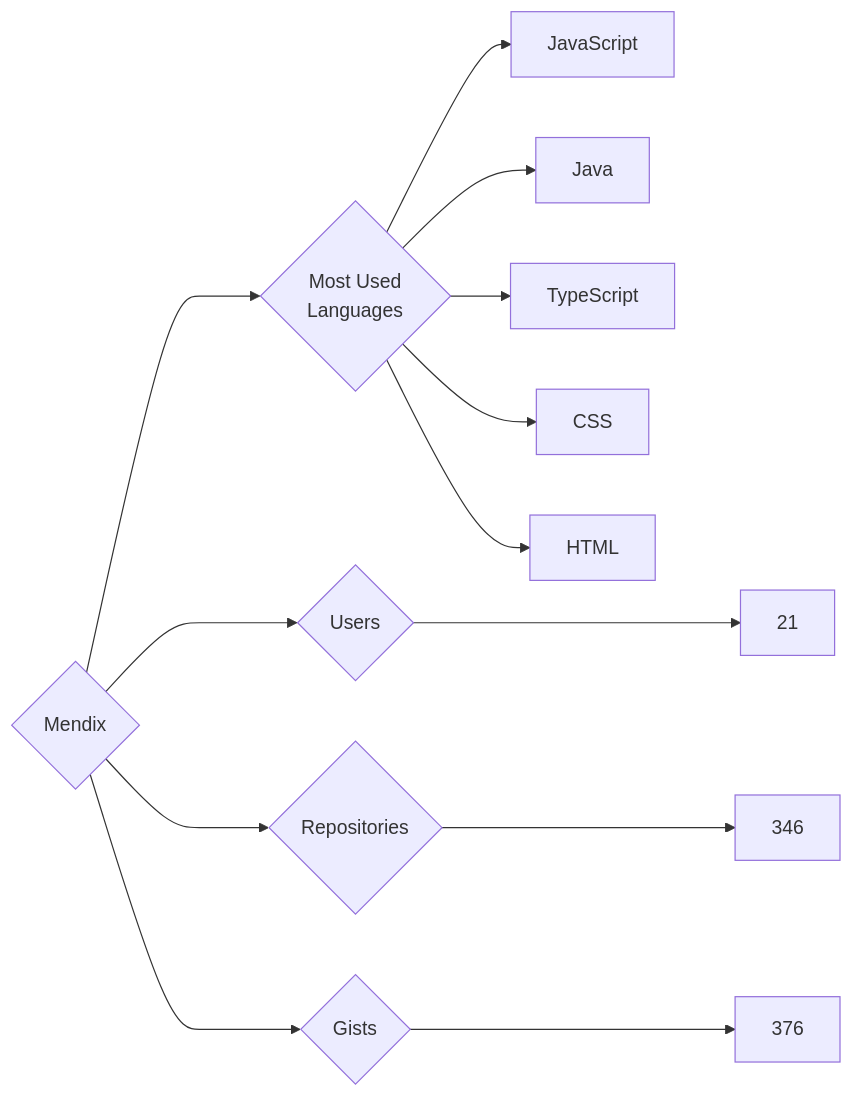
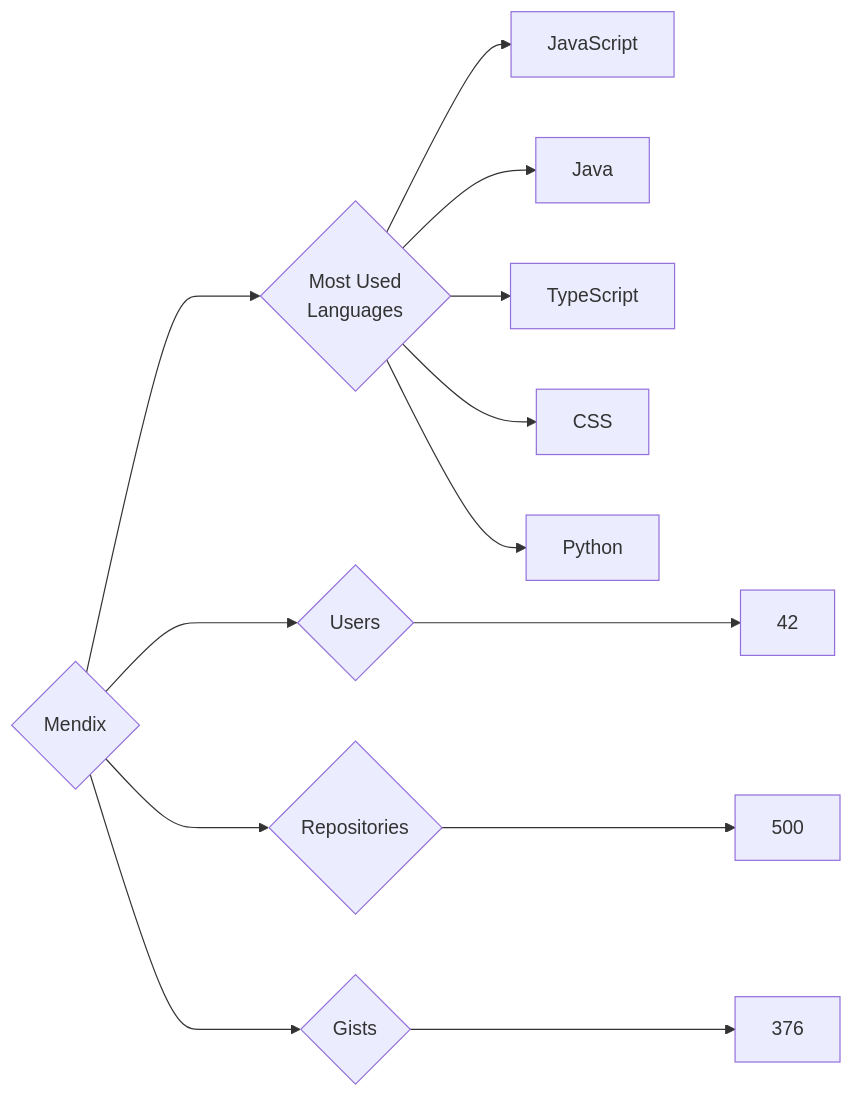
Before and after one commit to trickest/insiders: the diagram in targets/Mendix/README.md, drawn with Mermaid. The commit also changed 765 other files, not shown here.

````diff
--- a/targets/Mendix/README.md
+++ b/targets/Mendix/README.md
@@ -3,13 +3,13 @@
 ```mermaid
 graph LR
 COMPANY_NAME{Mendix}
-COMPANY_NAME ---> U{Users} ---> UN[21]
-COMPANY_NAME ---> R{Repositories} ---> RN[346]
+COMPANY_NAME ---> U{Users} ---> UN[42]
+COMPANY_NAME ---> R{Repositories} ---> RN[500]
 COMPANY_NAME ---> G{Gists} ---> GN[376]
 COMPANY_NAME ---> ML{Most Used<br>Languages}
 ML --> JavaScript[JavaScript]
 ML --> Java[Java]
 ML --> TypeScript[TypeScript]
 ML --> CSS[CSS]
-ML --> HTML[HTML]
+ML --> Python[Python]
 ```
````
